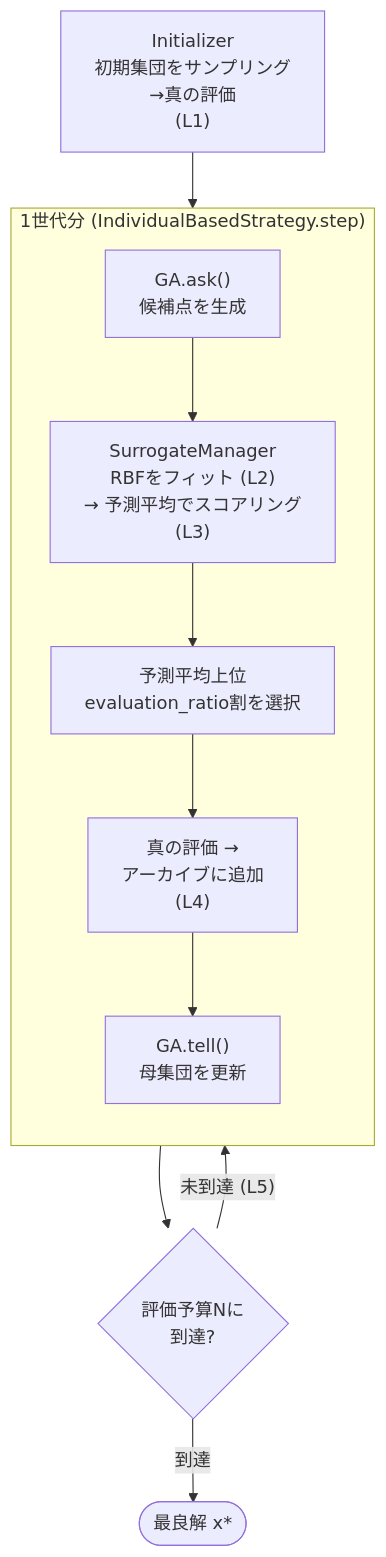
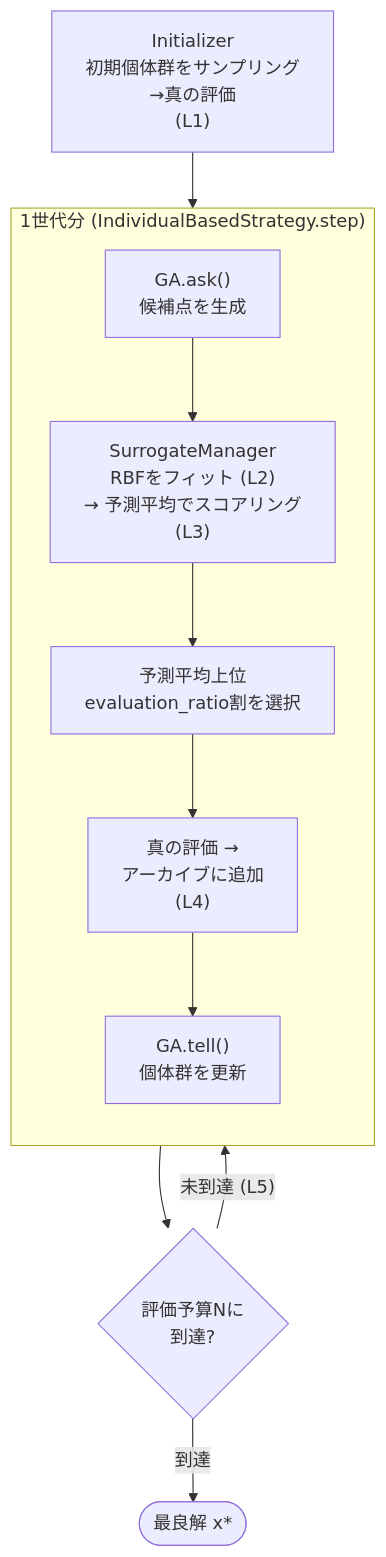
One commit to shlka/saealib changed the diagram in docs/algorithms/rbf_cors.md. Above: the diagram before and after it, drawn with Mermaid. The commit also changed 27 other files, not shown here.

````diff
--- a/docs/algorithms/rbf_cors.md
+++ b/docs/algorithms/rbf_cors.md
@@ -87,14 +87,14 @@
 ```{mermaid}
 flowchart TD
-    INIT["Initializer<br/>初期集団をサンプリング<br/>→真の評価<br/>(L1)"] --> ASK
+    INIT["Initializer<br/>初期個体群をサンプリング<br/>→真の評価<br/>(L1)"] --> ASK
     subgraph GEN["1世代分 (IndividualBasedStrategy.step)"]
         direction TB
         ASK["GA.ask()<br/>候補点を生成"] --> SCORE["SurrogateManager<br/>RBFをフィット (L2)<br/>→ 予測平均でスコアリング<br/>(L3)"]
         SCORE --> SORT["予測平均上位<br/>evaluation_ratio割を選択"]
         SORT --> EVAL["真の評価 →<br/>アーカイブに追加<br/>(L4)"]
-        EVAL --> TELL["GA.tell()<br/>母集団を更新"]
+        EVAL --> TELL["GA.tell()<br/>個体群を更新"]
     end
     GEN --> TERM{"評価予算Nに<br/>到達?"}
     TERM -- "未到達 (L5)" --> ASK
     TERM -- "到達" --> RESULT(["最良解 x*"])
 ```
````
